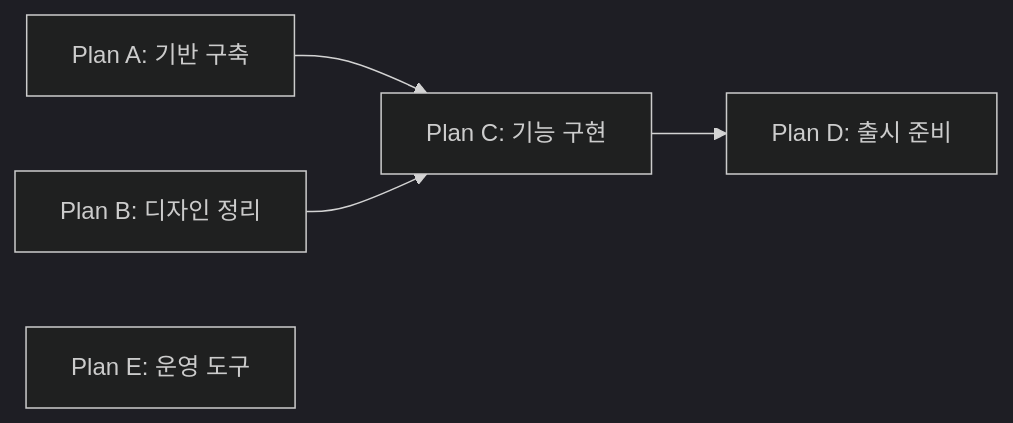
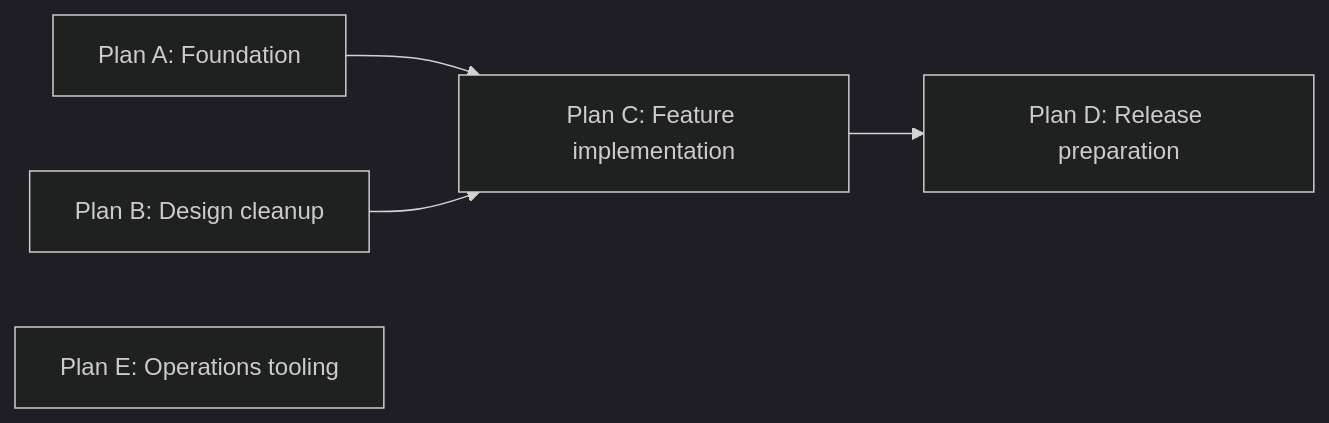
Before and after one commit to mjkimR/autohub: the diagram in docs/work-plans-design.md, drawn with Mermaid (dark theme). The commit also changed other lines of this file and 7 other files, not shown here.

````diff
--- a/docs/work-plans-design.md
+++ b/docs/work-plans-design.md
@@ -73,7 +86,7 @@
 ```mermaid
 flowchart LR
-    A["Plan A: 기반 구축"] --> C["Plan C: 기능 구현"]
-    B["Plan B: 디자인 정리"] --> C
-    C --> D["Plan D: 출시 준비"]
-    E["Plan E: 운영 도구"]
+    A["Plan A: Foundation"] --> C["Plan C: Feature implementation"]
+    B["Plan B: Design cleanup"] --> C
+    C --> D["Plan D: Release preparation"]
+    E["Plan E: Operations tooling"]
 ```
````
